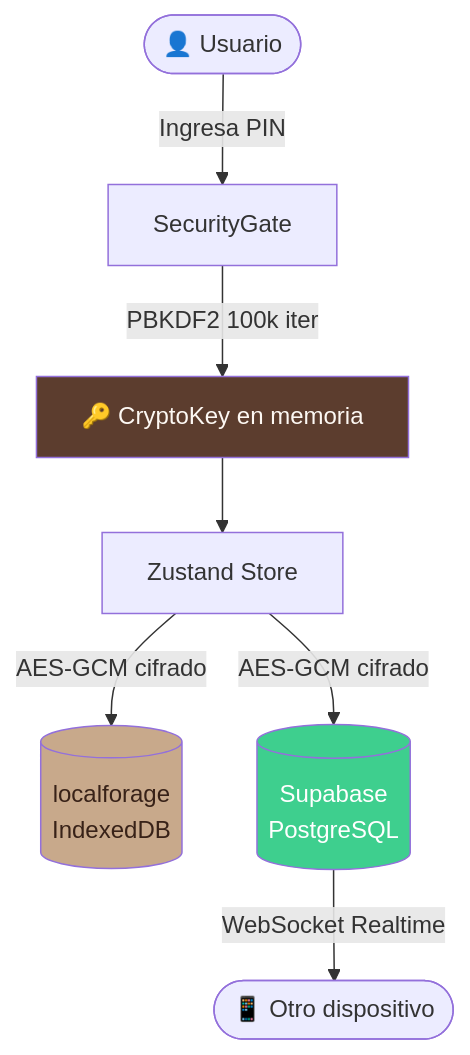
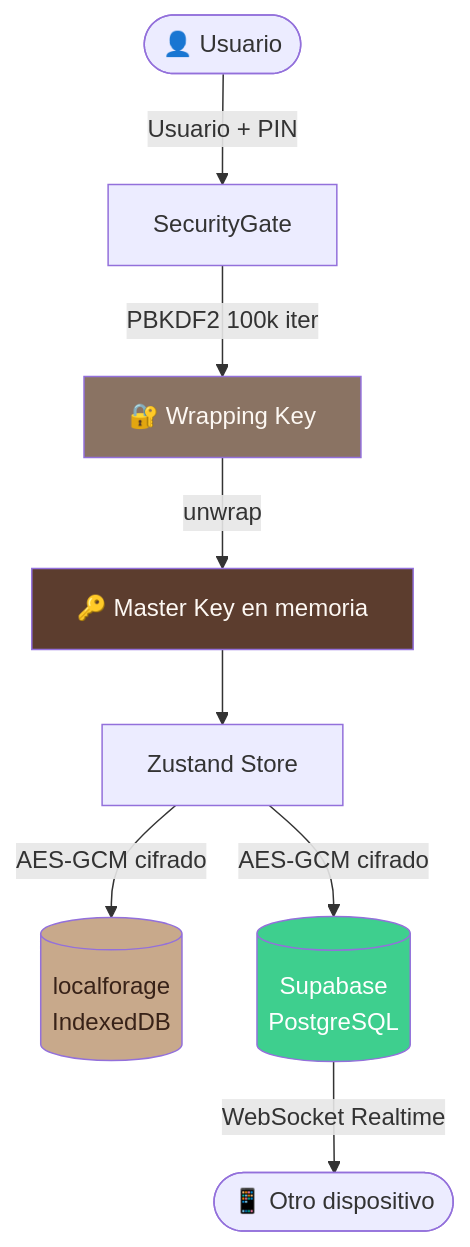
The first of 5 diagrams in README.md (YaelTriana/barista-stock-manager), drawn with Mermaid before and after one commit. The commit also changed other lines of this file, not shown here.

Commit message:
docs: fix remaining single-PIN leftovers in README
- TypeScript badge 5.9 -> 5.7
- "Flujo de datos" diagram now shows wrapping key -> master key unwrap
- Rewrite salt rationale and add "master key envuelta por usuario" note

````diff
--- a/README.md
+++ b/README.md
@@ -83,13 +83,15 @@
 ```mermaid
 flowchart TD
-    U([👤 Usuario]) --> |Ingresa PIN| SG[SecurityGate]
-    SG --> |PBKDF2 100k iter| CK[🔑 CryptoKey en memoria]
-    CK --> Z[Zustand Store]
+    U([👤 Usuario]) --> |Usuario + PIN| SG[SecurityGate]
+    SG --> |PBKDF2 100k iter| WK[🔐 Wrapping Key]
+    WK --> |unwrap| MK[🔑 Master Key en memoria]
+    MK --> Z[Zustand Store]
     Z --> |AES-GCM cifrado| LF[(localforage\nIndexedDB)]
     Z --> |AES-GCM cifrado| SB[(Supabase\nPostgreSQL)]
     SB --> |WebSocket Realtime| OD([📱 Otro dispositivo])
 
-    style CK fill:#5C3D2E,color:#FDF8F3
+    style WK fill:#8A7363,color:#FDF8F3
+    style MK fill:#5C3D2E,color:#FDF8F3
     style SB fill:#3ECF8E,color:#fff
     style LF fill:#C8A98B,color:#382218
 ```
````
